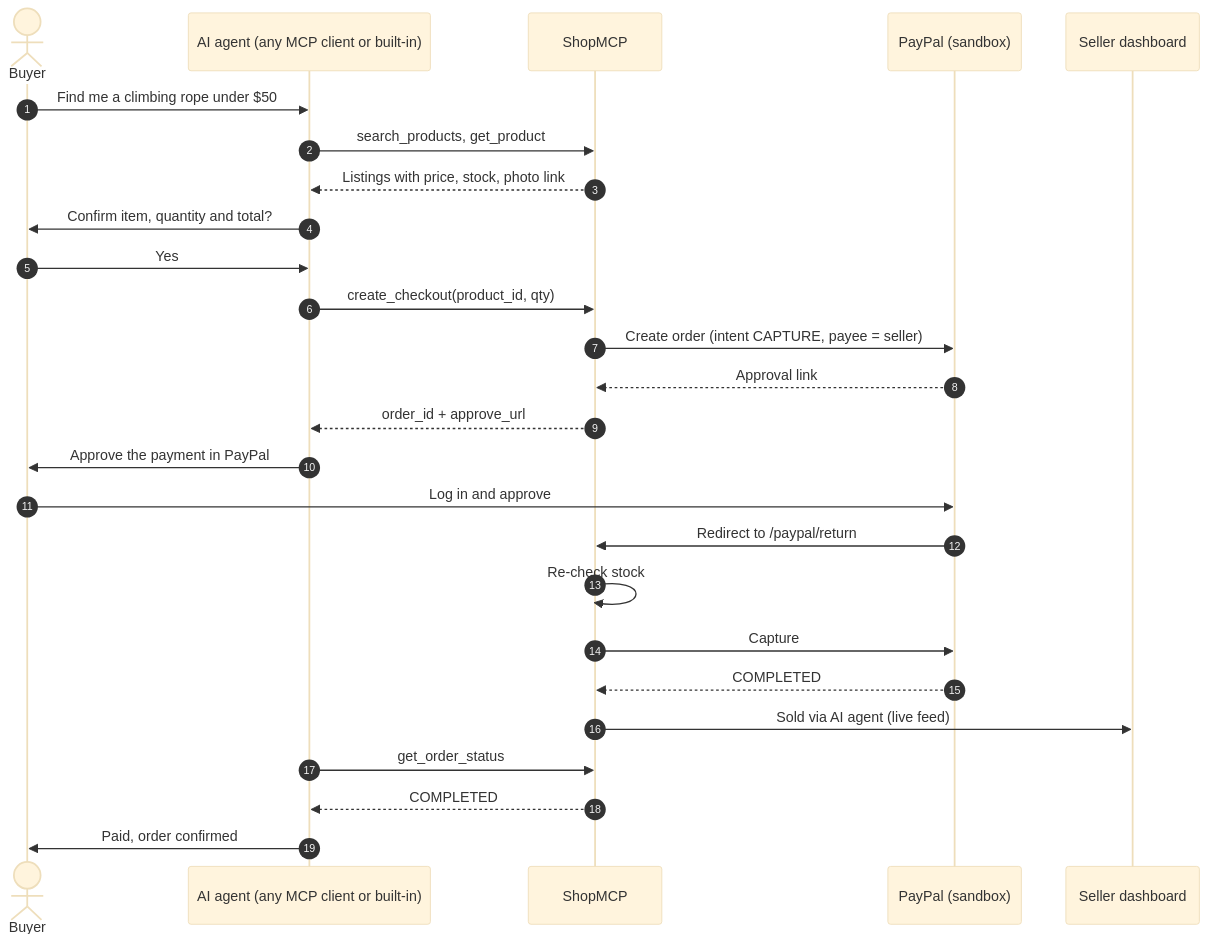
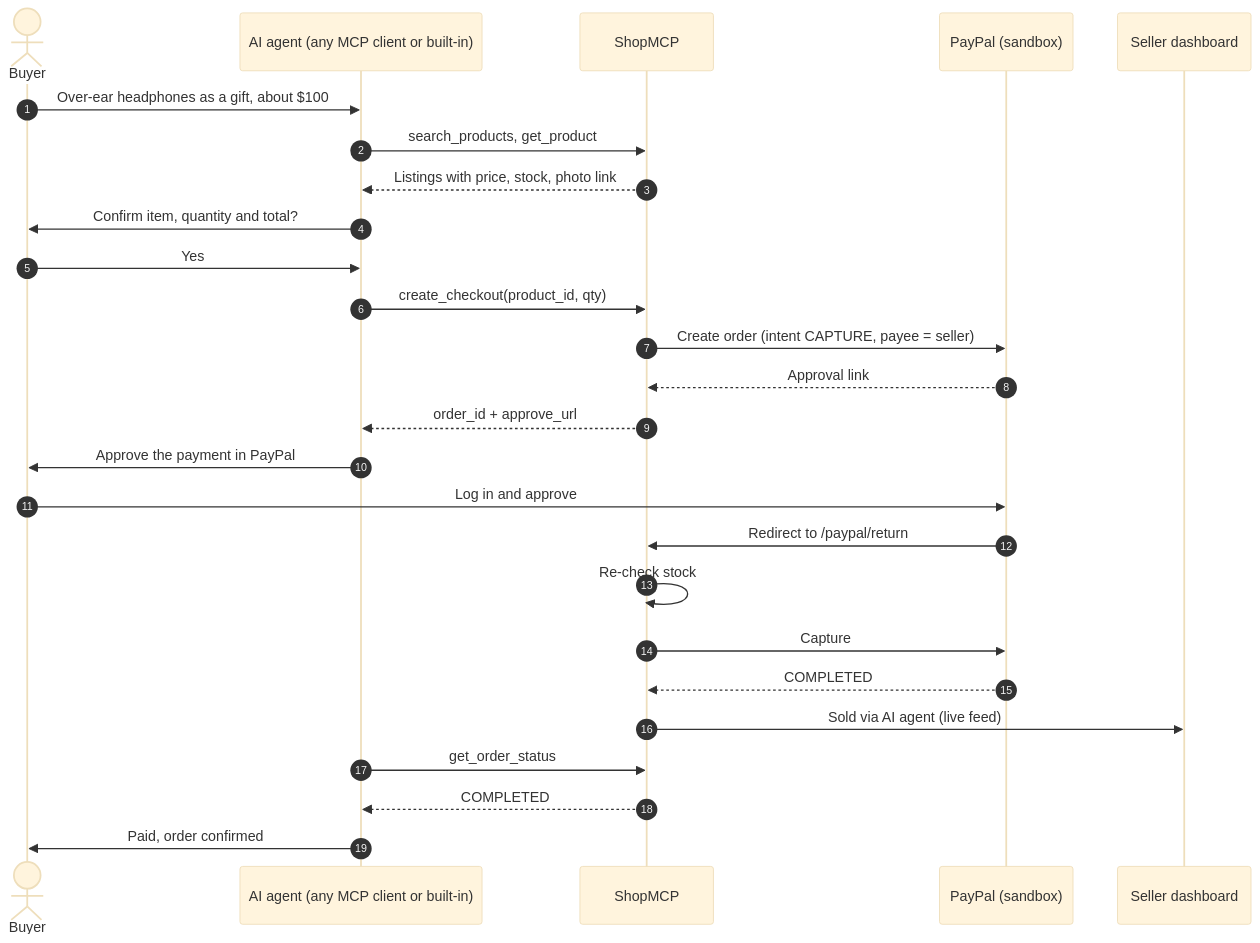
The second of 3 diagrams in README.md (robielkennedyswe/PayPal-Hackathon), drawn with Mermaid (base theme) before and after one commit. The commit also changed other lines of this file and 5 other files, not shown here.

````diff
--- a/README.md
+++ b/README.md
@@ -112,29 +118,29 @@
 ```mermaid
 sequenceDiagram
   autonumber
   actor Buyer
   participant Agent as AI agent (any MCP client or built-in)
   participant S as ShopMCP
   participant PP as PayPal (sandbox)
   participant Dash as Seller dashboard
 
-  Buyer->>Agent: Find me a climbing rope under $50
+  Buyer->>Agent: Over-ear headphones as a gift, about $100
   Agent->>S: search_products, get_product
   S-->>Agent: Listings with price, stock, photo link
   Agent->>Buyer: Confirm item, quantity and total?
   Buyer->>Agent: Yes
   Agent->>S: create_checkout(product_id, qty)
   S->>PP: Create order (intent CAPTURE, payee = seller)
   PP-->>S: Approval link
   S-->>Agent: order_id + approve_url
   Agent->>Buyer: Approve the payment in PayPal
   Buyer->>PP: Log in and approve
   PP->>S: Redirect to /paypal/return
   S->>S: Re-check stock
   S->>PP: Capture
   PP-->>S: COMPLETED
   S->>Dash: Sold via AI agent (live feed)
   Agent->>S: get_order_status
   S-->>Agent: COMPLETED
   Agent->>Buyer: Paid, order confirmed
 ```
````
